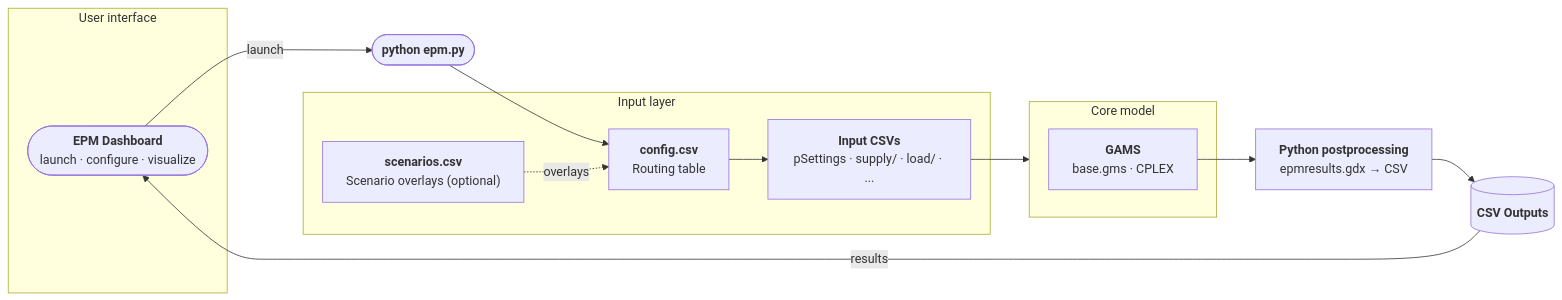
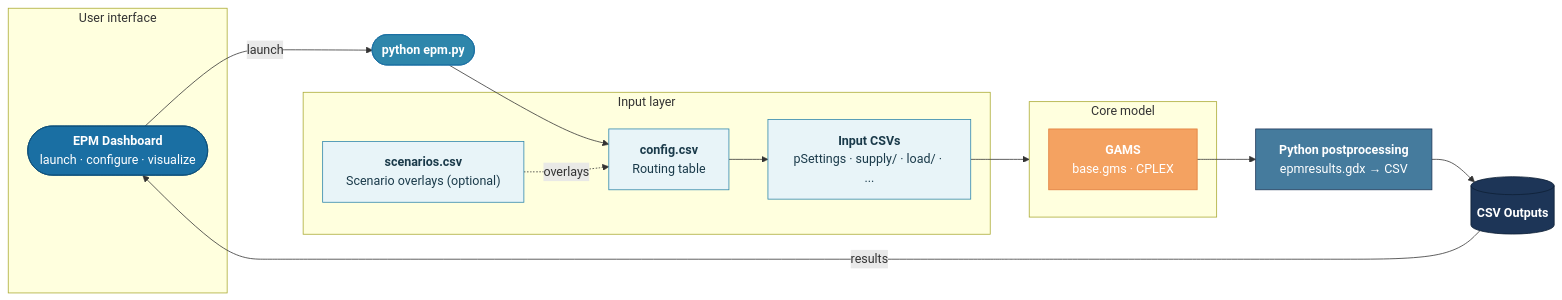
One commit to ESMAP-World-Bank-Group/EPM changed the diagram in docs/introduction/tempo.md. Above: the diagram before and after it, drawn with Mermaid.

````diff
--- a/docs/introduction/tempo.md
+++ b/docs/introduction/tempo.md
@@ -3,30 +3,44 @@
 ```mermaid
 flowchart LR
     subgraph ui ["User interface"]
         DASH(["<b>EPM Dashboard</b>\nlaunch · configure · visualize"])
     end
 
     CLI(["<b>python epm.py</b>"])
 
     subgraph inputs ["Input layer"]
         CONFIG["<b>config.csv</b>\nRouting table"]
         SCEN["<b>scenarios.csv</b>\nScenario overlays (optional)"]
         CSV["<b>Input CSVs</b>\npSettings · supply/ · load/ · ..."]
     end
 
     subgraph core ["Core model"]
         GAMS["<b>GAMS</b>\nbase.gms · CPLEX"]
     end
 
     POST["<b>Python postprocessing</b>\nepmresults.gdx → CSV"]
     OUT[("<b>CSV Outputs</b>")]
 
     DASH -->|launch| CLI
     CLI --> CONFIG
     SCEN -.->|overlays| CONFIG
     CONFIG --> CSV
     CSV --> core
     GAMS --> POST
     POST --> OUT
     OUT -->|results| DASH
+
+    classDef dashboard fill:#1a6fa3,stroke:#0d4f7a,color:#fff,rx:8
+    classDef cli fill:#2e86ab,stroke:#1a6fa3,color:#fff
+    classDef inputNode fill:#e8f4f8,stroke:#2e86ab,color:#1a3a4a
+    classDef coreNode fill:#f4a261,stroke:#e07d3a,color:#fff
+    classDef postNode fill:#457b9d,stroke:#1d3557,color:#fff
+    classDef outNode fill:#1d3557,stroke:#0d2035,color:#fff
+
+    class DASH dashboard
+    class CLI cli
+    class CONFIG,SCEN,CSV inputNode
+    class GAMS coreNode
+    class POST postNode
+    class OUT outNode
 ```
````
